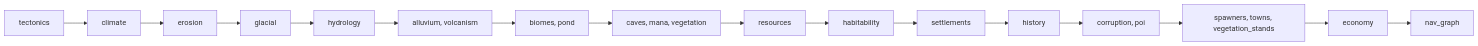
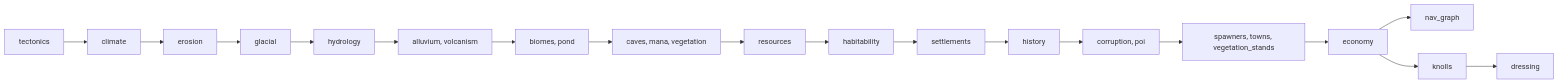
The diagram in content/docs/server/world-generation.md (tfelix/bestia-docs), drawn with Mermaid before and after one commit. The commit also changed other lines of this file, not shown here.

First line of the commit message:
Describe the hills, river ends, ground loot, set dressing and the everflame

````diff
--- a/content/docs/server/world-generation.md
+++ b/content/docs/server/world-generation.md
@@ -47,18 +47,20 @@
 ```mermaid
 graph LR
   T[tectonics] --> C[climate]
   C --> E[erosion]
   E --> G[glacial]
   G --> H[hydrology]
   H --> AL["alluvium, volcanism"]
   AL --> BP["biomes, pond"]
   BP --> CMV["caves, mana, vegetation"]
   CMV --> R[resources]
   R --> HA[habitability]
   HA --> S[settlements]
   S --> HI[history]
   HI --> COP["corruption, poi"]
   COP --> STV["spawners, towns, vegetation_stands"]
   STV --> EC[economy]
   EC --> NG[nav_graph]
+  EC --> KN[knolls]
+  KN --> DR[dressing]
 ```
````
